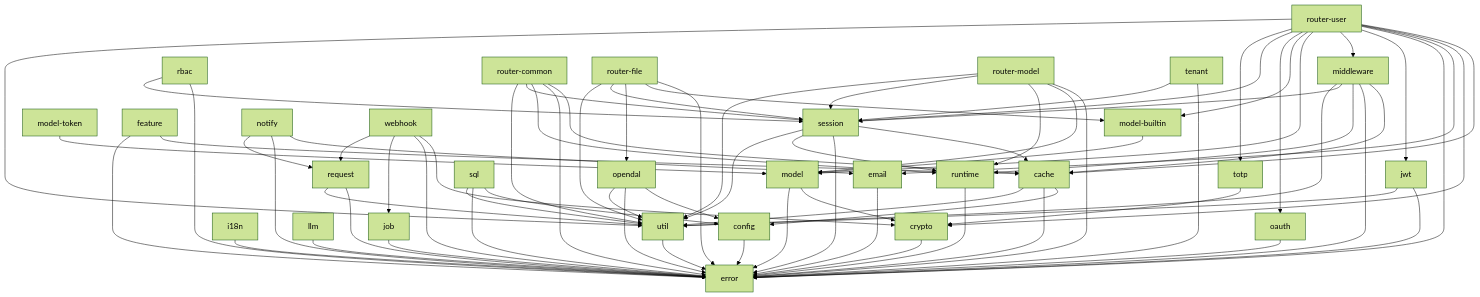
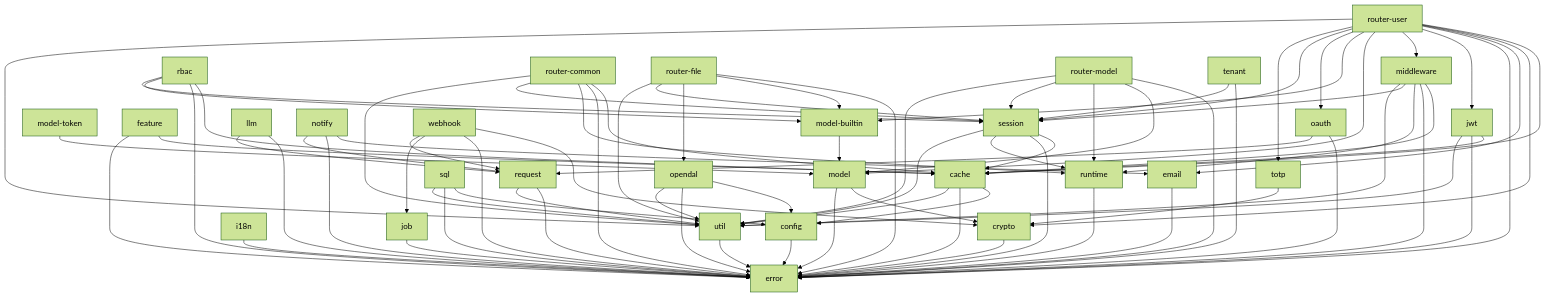
One commit to vicanso/tibba changed the diagram in docs/modules.md. Above: the diagram before and after it, drawn with Mermaid (forest theme). The commit also changed 79 other files, not shown here.

```diff
--- a/docs/modules.md
+++ b/docs/modules.md
@@ -21,10 +21,6 @@
     i18n --> error
 
     job --> error
-
-    llm --> error
-
-    oauth --> error
 
     runtime --> error
 
@@ -38,9 +34,6 @@
     cache --> config
     cache --> error
     cache --> util
-
-    jwt --> error
-    jwt --> util
 
     opendal --> config
     opendal --> error
@@ -60,14 +53,24 @@
     feature --> cache
     feature --> error
 
+    jwt --> cache
+    jwt --> error
+    jwt --> util
+
     session --> cache
     session --> error
     session --> runtime
     session --> util
 
+    llm --> error
+    llm --> request
+
     notify --> email
     notify --> error
     notify --> request
+
+    oauth --> error
+    oauth --> request
 
     webhook --> crypto
     webhook --> error
@@ -80,7 +83,9 @@
     middleware --> session
     middleware --> util
 
+    rbac --> cache
     rbac --> error
+    rbac --> model-builtin
     rbac --> session
 
     router-common --> cache
```
